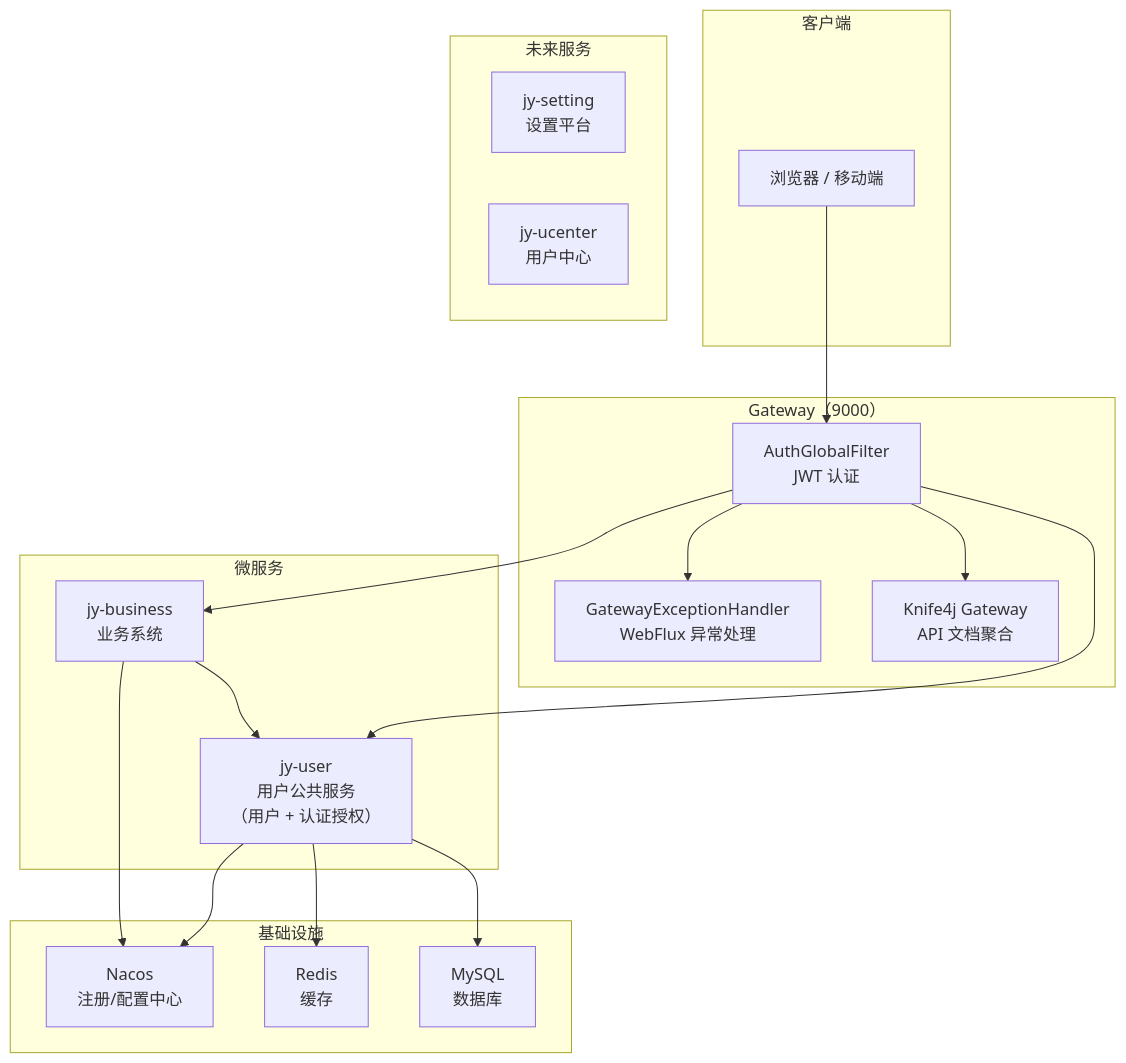
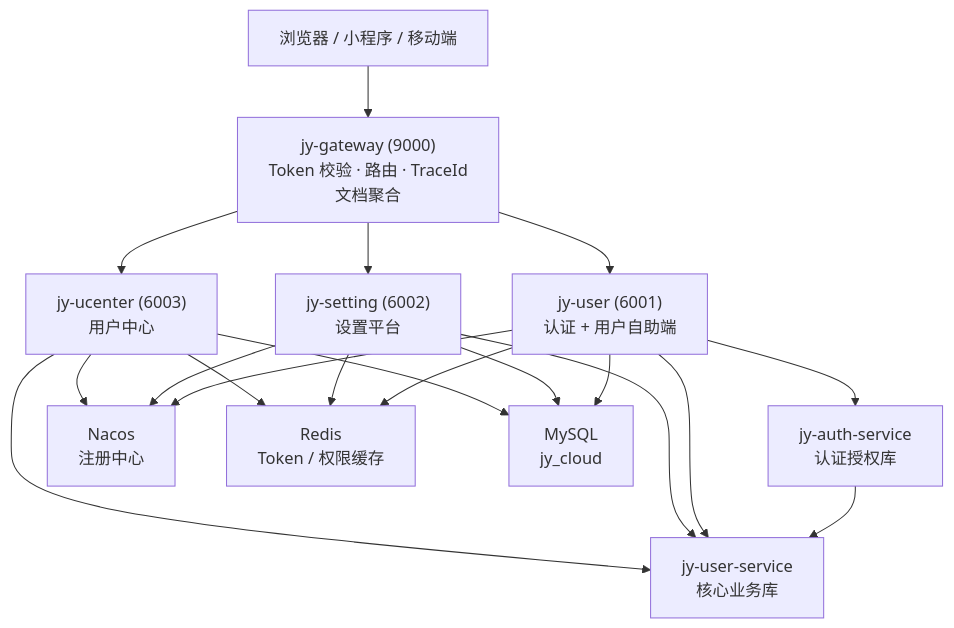
Before and after one commit to qingshan87/jycloud: the first of 3 diagrams in README.md, drawn with Mermaid. The commit also changed other lines of this file and 47 other files, not shown here.

````diff
--- a/README.md
+++ b/README.md
@@ -61,39 +71,38 @@
 ```mermaid
 graph TD
-    subgraph 客户端
-        C["浏览器 / 移动端"]
-    end
+    C["浏览器 / 小程序 / 移动端"]
 
-    subgraph Gateway["Gateway（9000）"]
-        AF["AuthGlobalFilter<br/>JWT 认证"]
-        GH["GatewayExceptionHandler<br/>WebFlux 异常处理"]
-        KF["Knife4j Gateway<br/>API 文档聚合"]
-    end
+    GW["jy-gateway (9000)<br/>Token 校验 · 路由 · TraceId<br/>文档聚合"]
 
-    subgraph 微服务
-        JU["jy-user<br/>用户公共服务<br/>（用户 + 认证授权）"]
-        JB["jy-business<br/>业务系统"]
-    end
+    JU["jy-user (6001)<br/>认证 + 用户自助端"]
+    JS["jy-setting (6002)<br/>设置平台"]
+    JC["jy-ucenter (6003)<br/>用户中心"]
 
-    subgraph 未来服务
-        JS["jy-setting<br/>设置平台"]
-        UC["jy-ucenter<br/>用户中心"]
-    end
+    AUTH["jy-auth-service<br/>认证授权库"]
+    SVC["jy-user-service<br/>核心业务库"]
 
-    subgraph 基础设施
-        NC["Nacos<br/>注册/配置中心"]
-        RD["Redis<br/>缓存"]
-        DB["MySQL<br/>数据库"]
-    end
+    NC["Nacos<br/>注册中心"]
+    RD["Redis<br/>Token / 权限缓存"]
+    DB["MySQL<br/>jy_cloud"]
 
-    C --> AF
-    AF --> GH
-    AF --> KF
-    AF --> JU
-    AF --> JB
-    JB --> JU
+    C --> GW
+    GW --> JU
+    GW --> JS
+    GW --> JC
+
+    JU --> AUTH
+    AUTH --> SVC
+    JU --> SVC
+    JS --> SVC
+    JC --> SVC
+
+    JU --> NC
+    JS --> NC
+    JC --> NC
     JU --> RD
+    JS --> RD
+    JC --> RD
     JU --> DB
-    JU --> NC
-    JB --> NC
+    JS --> DB
+    JC --> DB
 ```
````
